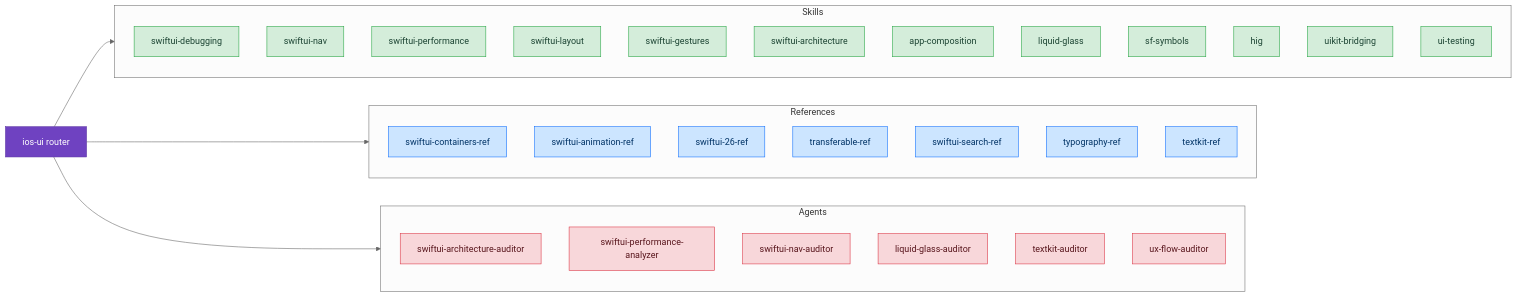
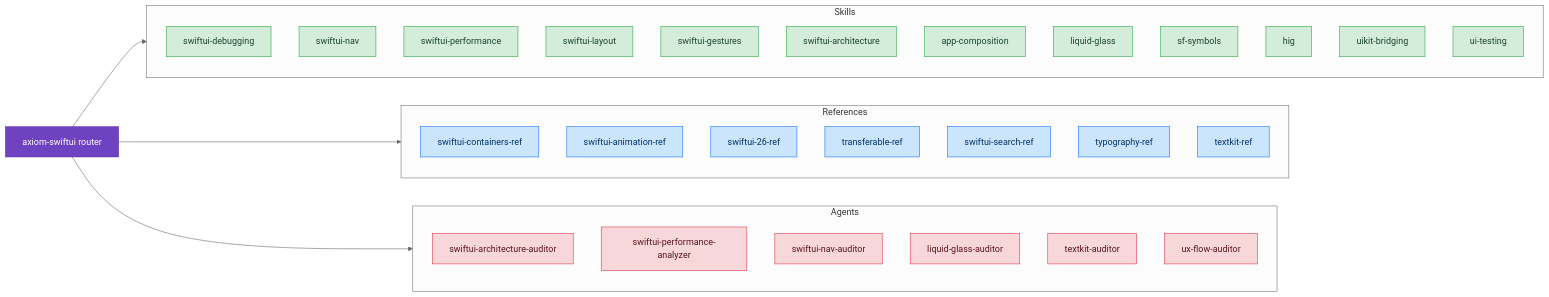
One commit to CharlesWiltgen/Axiom changed the diagram in docs/skills/ui-design/index.md. Above: the diagram before and after it, drawn with Mermaid (neutral theme). The commit also changed 11 other files, not shown here.

First line of the commit message:
fix(docs): replace all stale ios-* references with axiom-* names

````diff
--- a/docs/skills/ui-design/index.md
+++ b/docs/skills/ui-design/index.md
@@ -5,47 +5,47 @@
 ```mermaid
 flowchart LR
     classDef router fill:#6f42c1,stroke:#5a32a3,color:#fff
     classDef discipline fill:#d4edda,stroke:#28a745,color:#1b4332
     classDef reference fill:#cce5ff,stroke:#0d6efd,color:#003366
     classDef diagnostic fill:#fff3cd,stroke:#ffc107,color:#664d03
     classDef agent fill:#f8d7da,stroke:#dc3545,color:#58151c
 
-    axiom_ios_ui["ios-ui router"]:::router
+    axiom_swiftui["axiom-swiftui router"]:::router
 
     subgraph skills_d["Skills"]
         swiftui_debugging["swiftui-debugging"]:::discipline
         swiftui_nav["swiftui-nav"]:::discipline
         swiftui_performance["swiftui-performance"]:::discipline
         swiftui_layout["swiftui-layout"]:::discipline
         swiftui_gestures["swiftui-gestures"]:::discipline
         swiftui_architecture["swiftui-architecture"]:::discipline
         app_composition["app-composition"]:::discipline
         liquid_glass["liquid-glass"]:::discipline
         sf_symbols["sf-symbols"]:::discipline
         hig["hig"]:::discipline
         uikit_bridging["uikit-bridging"]:::discipline
         ui_testing["ui-testing"]:::discipline
     end
-    axiom_ios_ui --> skills_d
+    axiom_swiftui --> skills_d
 
     subgraph skills_r["References"]
         swiftui_containers_ref["swiftui-containers-ref"]:::reference
         swiftui_animation_ref["swiftui-animation-ref"]:::reference
         swiftui_26_ref["swiftui-26-ref"]:::reference
         transferable_ref["transferable-ref"]:::reference
         swiftui_search_ref["swiftui-search-ref"]:::reference
         typography_ref["typography-ref"]:::reference
         textkit_ref["textkit-ref"]:::reference
     end
-    axiom_ios_ui --> skills_r
+    axiom_swiftui --> skills_r
 
     subgraph agents_sg["Agents"]
         agent_arch["swiftui-architecture-auditor"]:::agent
         agent_perf["swiftui-performance-analyzer"]:::agent
         agent_nav["swiftui-nav-auditor"]:::agent
         agent_lg["liquid-glass-auditor"]:::agent
         agent_tk["textkit-auditor"]:::agent
         agent_ux["ux-flow-auditor"]:::agent
     end
-    axiom_ios_ui --> agents_sg
+    axiom_swiftui --> agents_sg
 ```
````
